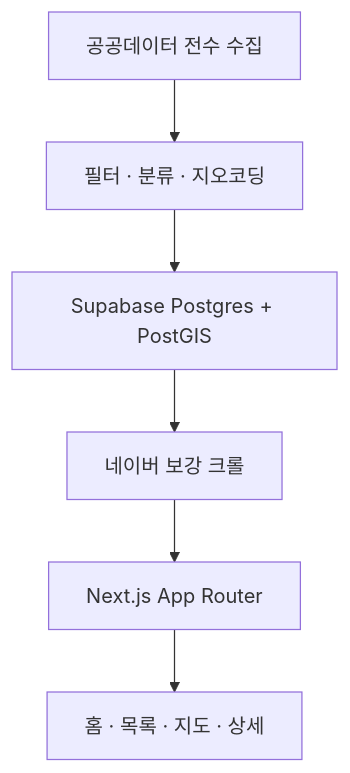
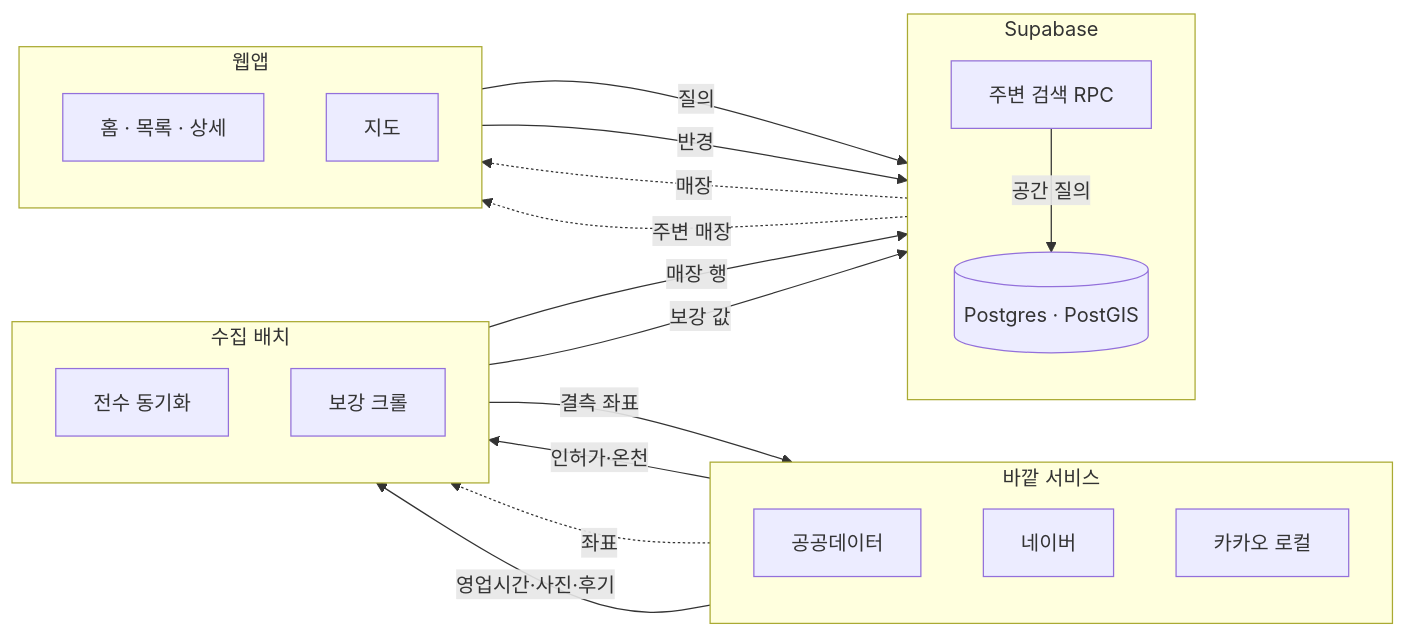
One commit to P0it/dev-blog changed the diagram in projects/saunau/portfolio.md. Above: the diagram before and after it, drawn with Mermaid. The commit also changed other lines of this file, not shown here.

Commit message:
lab: 세 원고를 새 규약으로 옮기고 사우나우 구조도를 다시 그림

````diff
--- a/projects/saunau/portfolio.md
+++ b/projects/saunau/portfolio.md
@@ -161,8 +161,35 @@
 ```mermaid
-flowchart TD
-  A[공공데이터 전수 수집] --> B[필터 · 분류 · 지오코딩]
-  B --> C[Supabase Postgres + PostGIS]
-  C --> D[네이버 보강 크롤]
-  D --> E[Next.js App Router]
-  E --> F[홈 · 목록 · 지도 · 상세]
+flowchart LR
+  subgraph 밖[바깥 서비스]
+    direction TB
+    GOV[공공데이터]
+    NAVER[네이버]
+    KAKAO[카카오 로컬]
+  end
+  subgraph 배치[수집 배치]
+    direction TB
+    SYNC[전수 동기화]
+    CRAWL[보강 크롤]
+  end
+  subgraph SB[Supabase]
+    direction TB
+    DB[(Postgres · PostGIS)]
+    RPC[주변 검색 RPC]
+  end
+  subgraph APP[웹앱]
+    direction TB
+    PAGE[홈 · 목록 · 상세]
+    MAP[지도]
+  end
+  GOV -->|인허가·온천| SYNC
+  SYNC -->|결측 좌표| KAKAO
+  KAKAO -.->|좌표| SYNC
+  SYNC -->|매장 행| DB
+  NAVER -->|영업시간·사진·후기| CRAWL
+  CRAWL -->|보강 값| DB
+  PAGE -->|질의| DB
+  DB -.->|매장| PAGE
+  MAP -->|반경| RPC
+  RPC -->|공간 질의| DB
+  DB -.->|주변 매장| MAP
 ```
````
